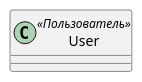
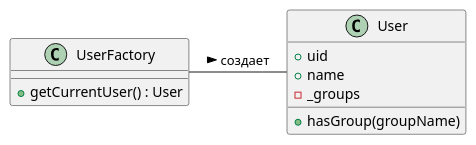
One commit to ilb/posixuserjs changed the diagram in docs/entities.puml. Above: the diagram before and after it, drawn with PlantUML. The commit also changed 14 other files, not shown here.

```diff
--- a/docs/entities.puml
+++ b/docs/entities.puml
@@ -1,7 +1,16 @@
-@startuml
+@startuml entities
 
-class User <<Пользователь>> {
+class User{
+    + uid
+    + name
+    - _groups
+    + hasGroup(groupName)
 }
 
+class UserFactory {
+    + getCurrentUser() : User
+}
+
+UserFactory - User : создает >
 
 @enduml
```
